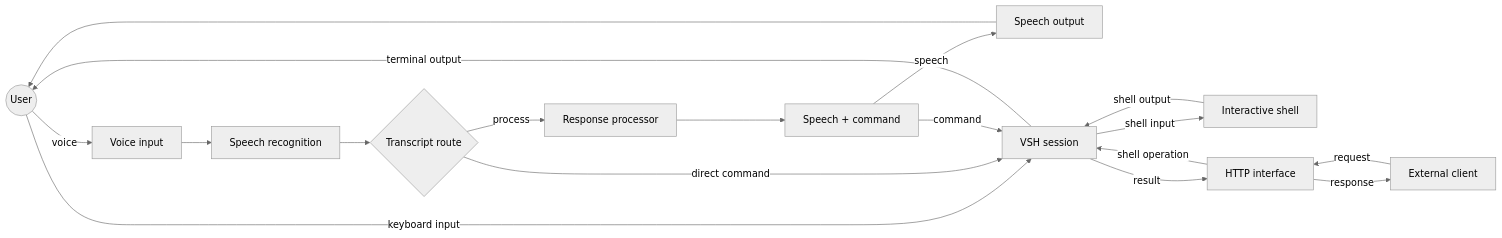
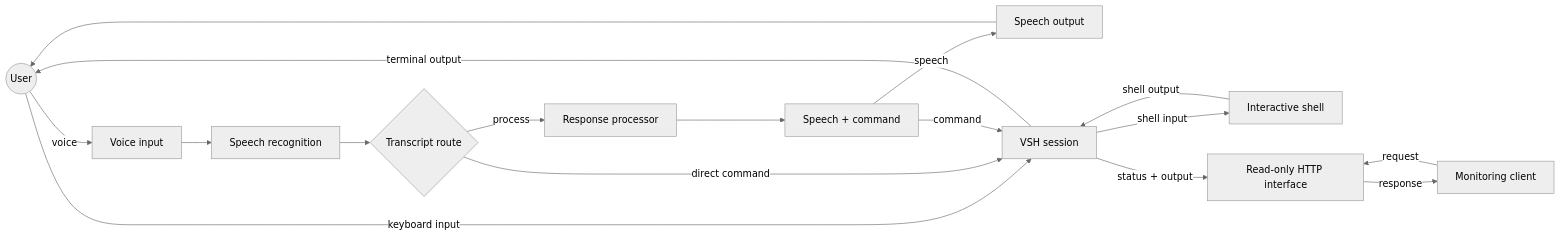
Before and after one commit to Creator54/vsh: the diagram in README.md, drawn with Mermaid (neutral theme). The commit also changed other lines of this file and 14 other files, not shown here.

````diff
--- a/README.md
+++ b/README.md
@@ -14,28 +14,27 @@
 ```mermaid
 flowchart LR
     User((User))
     Voice[Voice input]
     Recognition[Speech recognition]
     Route{Transcript route}
     Processor[Response processor]
     Reply[Speech + command]
     Speech[Speech output]
     Session[VSH session]
     Shell[Interactive shell]
-    Client[External client]
-    HTTP[HTTP interface]
+    Client[Monitoring client]
+    HTTP[Read-only HTTP interface]
 
     User -->|keyboard input| Session
     User -->|voice| Voice --> Recognition --> Route
     Route -->|direct command| Session
     Route -->|process| Processor --> Reply
     Reply -->|speech| Speech --> User
     Reply -->|command| Session
     Client -->|request| HTTP
-    HTTP -->|shell operation| Session
-    Session -->|result| HTTP
+    Session -->|status + output| HTTP
     HTTP -->|response| Client
     Session -->|shell input| Shell
     Shell -->|shell output| Session
     Session -->|terminal output| User
 ```
````
